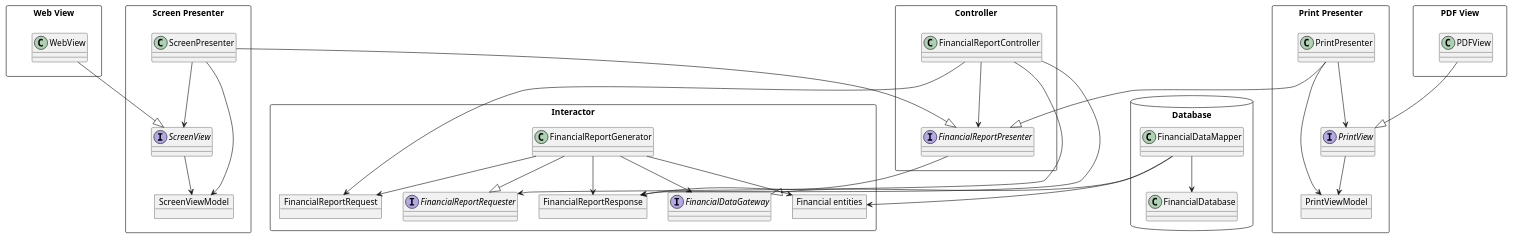
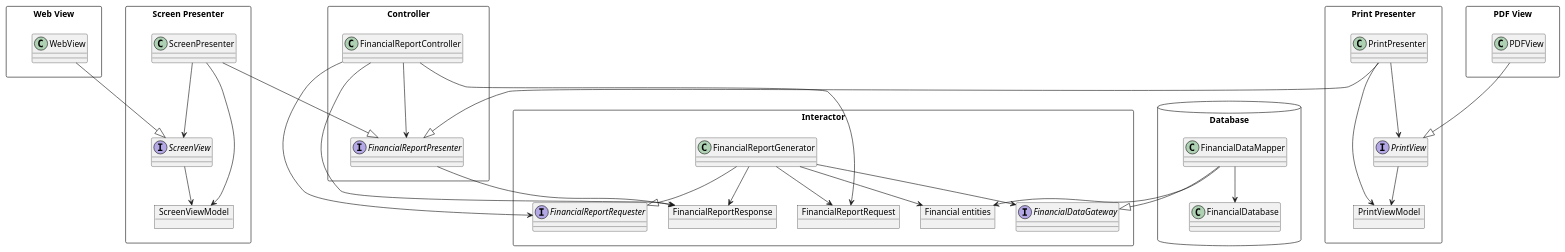
The third of 3 diagrams in pages/Robert C. Martin - Clean Architecture A Craftsman's Guide to Software Structure and Design.md (huland/logseq-notes), drawn with PlantUML before and after one commit.

Commit message:
Auto saved by Logseq

```diff
--- a/pages/Robert C. Martin - Clean Architecture A Craftsman's Guide to Software Structure and Design.md
+++ b/pages/Robert C. Martin - Clean Architecture A Craftsman's Guide to Software Structure and Design.md
@@ -203,64 +203,66 @@
 				  @startuml
 				  
 				  package Interactor <<Rectangle>> {
 				    object FinancialReportRequest
 				    interface FinancialReportRequester
 				    object FinancialReportResponse
 				    class FinancialReportGenerator
 				    interface FinancialDataGateway
 				    object "Financial entities" as FinancialEntities
 				  }
 				  package Controller <<Rectangle>> {
 				    class FinancialReportController 
 				    interface FinancialReportPresenter
 				  }
 				  package Database <<Database>> {
 				    class FinancialDataMapper 
 				    class FinancialDatabase
 				  }
 				  package "Screen Presenter" as ScreenPres <<Rectangle>> {
 				    class ScreenPresenter
 				    object ScreenViewModel
 				    interface ScreenView
 				  }
 				  package "Print Presenter" as PrintPres <<Rectangle>> {
 				    class PrintPresenter
 				    object PrintViewModel
 				    interface PrintView
 				  } 
 				  package "PDF View" as PDFV <<Rectangle>> {
 				    class PDFView
 				  } 
 				  package "Web View" as WebV <<Rectangle>> {
 				    class WebView
 				  } 
 				  
 				  FinancialReportGenerator --> FinancialReportRequest
 				  FinancialReportGenerator --> FinancialEntities
 				  FinancialReportGenerator --> FinancialReportResponse
 				  FinancialReportGenerator --> FinancialDataGateway
 				  FinancialReportGenerator --|> FinancialReportRequester
 				  FinancialDataMapper --> FinancialDatabase
 				  FinancialDataMapper --> FinancialEntities
 				  FinancialDataMapper --|> FinancialDataGateway
 				  FinancialReportController --> FinancialReportPresenter
 				  FinancialReportPresenter --> FinancialReportResponse
 				  FinancialReportController --> FinancialReportRequest
 				  FinancialReportController --> FinancialReportRequester
 				  FinancialReportController --> FinancialReportResponse
 				  ScreenPresenter --> ScreenView
 				  ScreenView --> ScreenViewModel
 				  ScreenPresenter --> ScreenViewModel
 				  ScreenPresenter --|> FinancialReportPresenter
 				  PrintPresenter --> PrintView
 				  PrintView --> PrintViewModel
 				  PrintPresenter --> PrintViewModel
 				  PrintPresenter --|> FinancialReportPresenter
 				  WebView --|> ScreenView
 				  PDFView --|> PrintView
 				  
 				  WebV -[hidden]> ScreenPres
 				  PDFV -[hidden]> PrintPres
 				  PrintPres -[hidden]> Controller
 				  ScreenPres -[hidden]> Controller
+				  Controller -[hidden]> Interactor
+				  Interactor -[hidden]> Database
 				  @enduml
```
